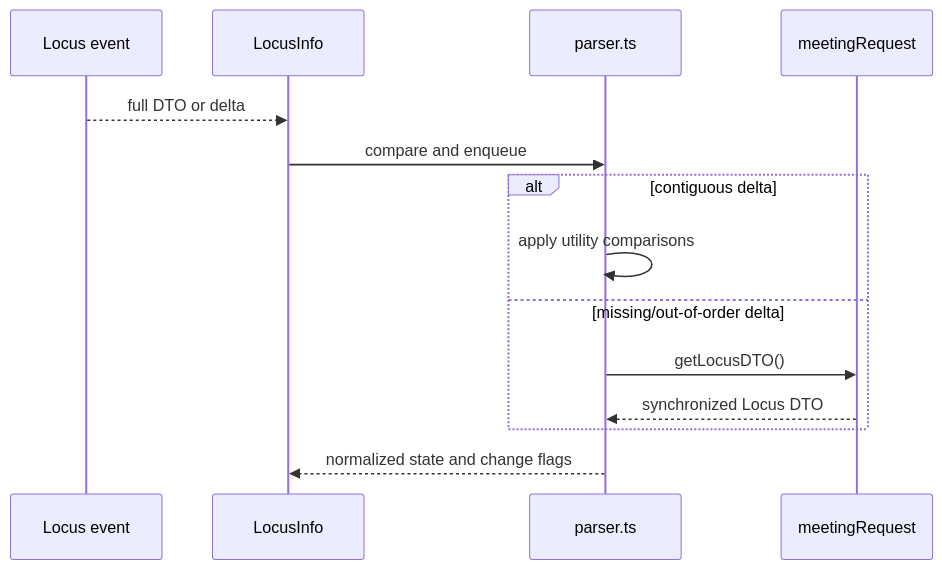
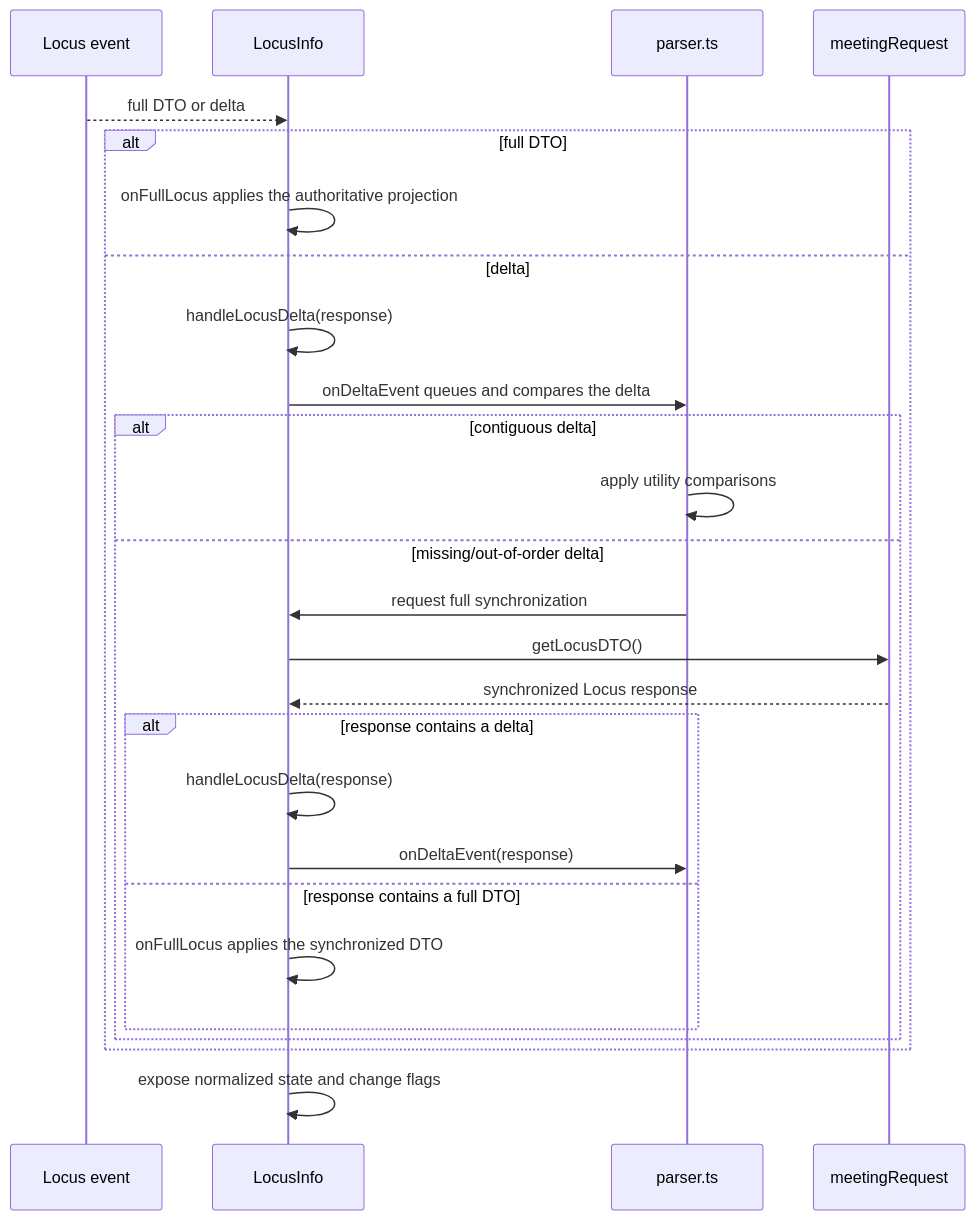
Before and after one commit to webex/webex-js-sdk: the second of 5 diagrams in packages/@webex/plugin-meetings/src/locus-info/ai-docs/locus-info-spec.md, drawn with Mermaid. The commit also changed other lines of this file and 24 other files, not shown here.

````diff
--- a/packages/@webex/plugin-meetings/src/locus-info/ai-docs/locus-info-spec.md
+++ b/packages/@webex/plugin-meetings/src/locus-info/ai-docs/locus-info-spec.md
@@ -137,16 +143,28 @@
 ```mermaid
 sequenceDiagram
   participant E as Locus event
   participant L as LocusInfo
   participant P as parser.ts
   participant R as meetingRequest
   E-->>L: full DTO or delta
-  L->>P: compare and enqueue
-  alt contiguous delta
-    P->>P: apply utility comparisons
-  else missing/out-of-order delta
-    P->>R: getLocusDTO()
-    R-->>P: synchronized Locus DTO
+  alt full DTO
+    L->>L: onFullLocus applies the authoritative projection
+  else delta
+    L->>L: handleLocusDelta(response)
+    L->>P: onDeltaEvent queues and compares the delta
+    alt contiguous delta
+      P->>P: apply utility comparisons
+    else missing/out-of-order delta
+      P->>L: request full synchronization
+      L->>R: getLocusDTO()
+      R-->>L: synchronized Locus response
+      alt response contains a delta
+        L->>L: handleLocusDelta(response)
+        L->>P: onDeltaEvent(response)
+      else response contains a full DTO
+        L->>L: onFullLocus applies the synchronized DTO
+      end
+    end
   end
-  P-->>L: normalized state and change flags
+  L->>L: expose normalized state and change flags
 ```
````
